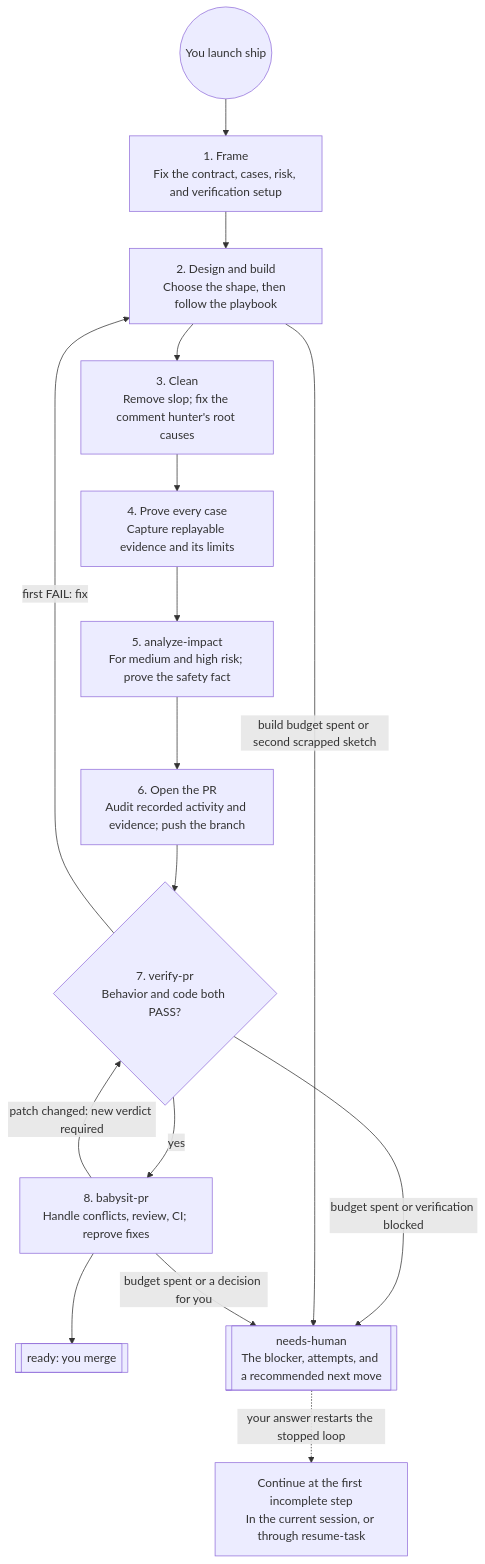
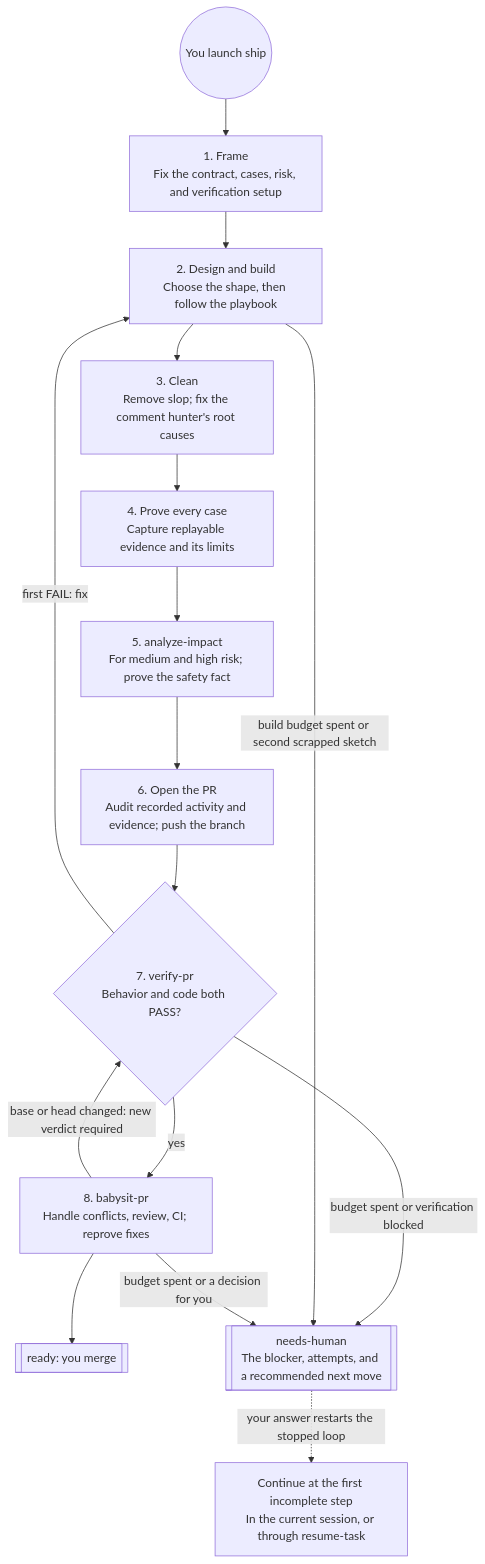
Before and after one commit to Ilian-Allaf/skillstack: the third of 8 diagrams in skills/README.md, drawn with Mermaid. The commit also changed other lines of this file and 18 other files, not shown here.

Commit message:
Bind verdicts to the tested base and head (#33)

````diff
--- a/skills/README.md
+++ b/skills/README.md
@@ -80,24 +80,24 @@
 ```mermaid
 flowchart TB
   start(("You launch ship"))
   frame["1. Frame<br/>Fix the contract, cases, risk, and verification setup"]
   build["2. Design and build<br/>Choose the shape, then follow the playbook"]
   clean["3. Clean<br/>Remove slop; fix the comment hunter's root causes"]
   proof["4. Prove every case<br/>Capture replayable evidence and its limits"]
   impact["5. analyze-impact<br/>For medium and high risk; prove the safety fact"]
   open["6. Open the PR<br/>Audit recorded activity and evidence; push the branch"]
   verdict{"7. verify-pr<br/>Behavior and code both PASS?"}
   babysit["8. babysit-pr<br/>Handle conflicts, review, CI; reprove fixes"]
   ready[["ready: you merge"]]
   human[["needs-human<br/>The blocker, attempts, and a recommended next move"]]
   resume["Continue at the first incomplete step<br/>In the current session, or through resume-task"]
 
   start --> frame --> build --> clean --> proof --> impact --> open --> verdict
   verdict -->|yes| babysit --> ready
   verdict -->|first FAIL: fix| build
   verdict -->|budget spent or verification blocked| human
   build -->|build budget spent or second scrapped sketch| human
-  babysit -->|patch changed: new verdict required| verdict
+  babysit -->|base or head changed: new verdict required| verdict
   babysit -->|budget spent or a decision for you| human
   human -.->|your answer restarts the stopped loop| resume
 ```
````
